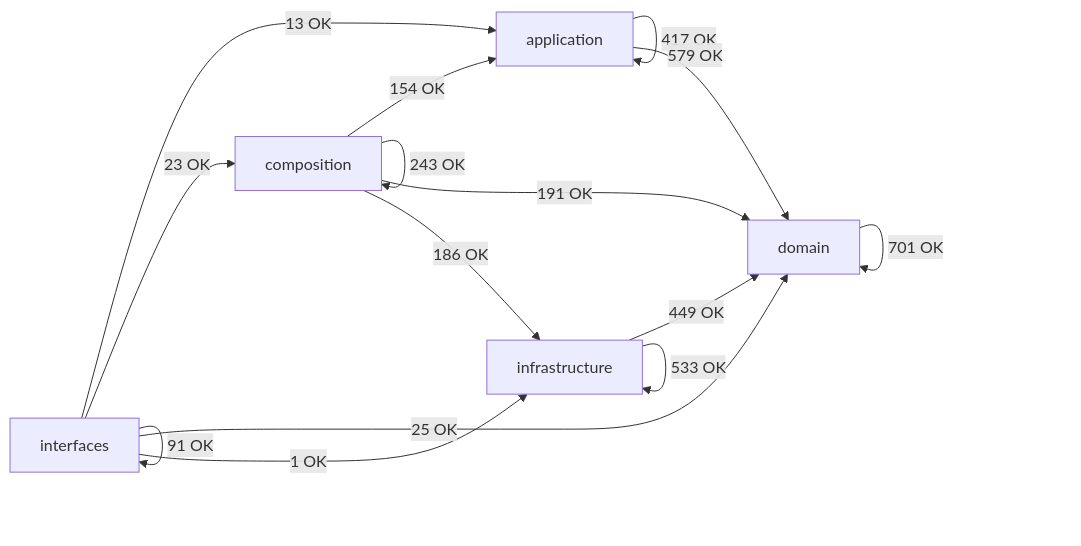
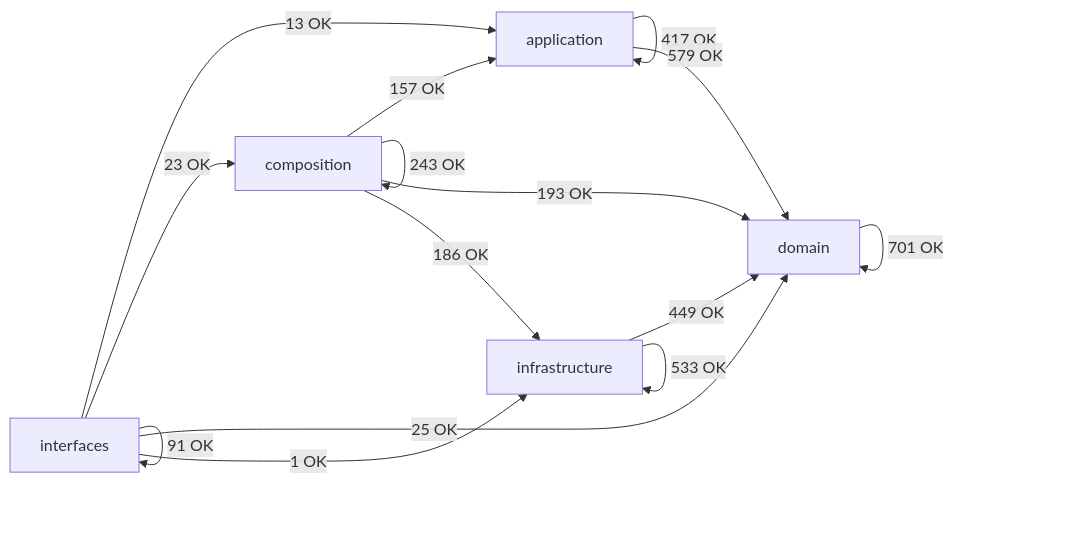
The diagram in docs/02-architecture/generated/module-dependency-map.md (SatoryKono/BioactivityDataAcquisition), drawn with Mermaid before and after one commit. The commit also changed other lines of this file and 60 other files, not shown here.

First line of the commit message:
refactor(metrics): reduce size and complexity of architecture metric exemptions configuration

````diff
--- a/docs/02-architecture/generated/module-dependency-map.md
+++ b/docs/02-architecture/generated/module-dependency-map.md
@@ -15,22 +15,22 @@
 ```mermaid
 flowchart LR
     domain[domain]
     application[application]
     infrastructure[infrastructure]
     composition[composition]
     interfaces[interfaces]
     application -->|417 OK| application
     application -->|579 OK| domain
-    composition -->|154 OK| application
+    composition -->|157 OK| application
     composition -->|243 OK| composition
-    composition -->|191 OK| domain
+    composition -->|193 OK| domain
     composition -->|186 OK| infrastructure
     domain -->|701 OK| domain
     infrastructure -->|449 OK| domain
     infrastructure -->|533 OK| infrastructure
     interfaces -->|13 OK| application
     interfaces -->|23 OK| composition
     interfaces -->|25 OK| domain
     interfaces -->|1 OK| infrastructure
     interfaces -->|91 OK| interfaces
 ```
````
